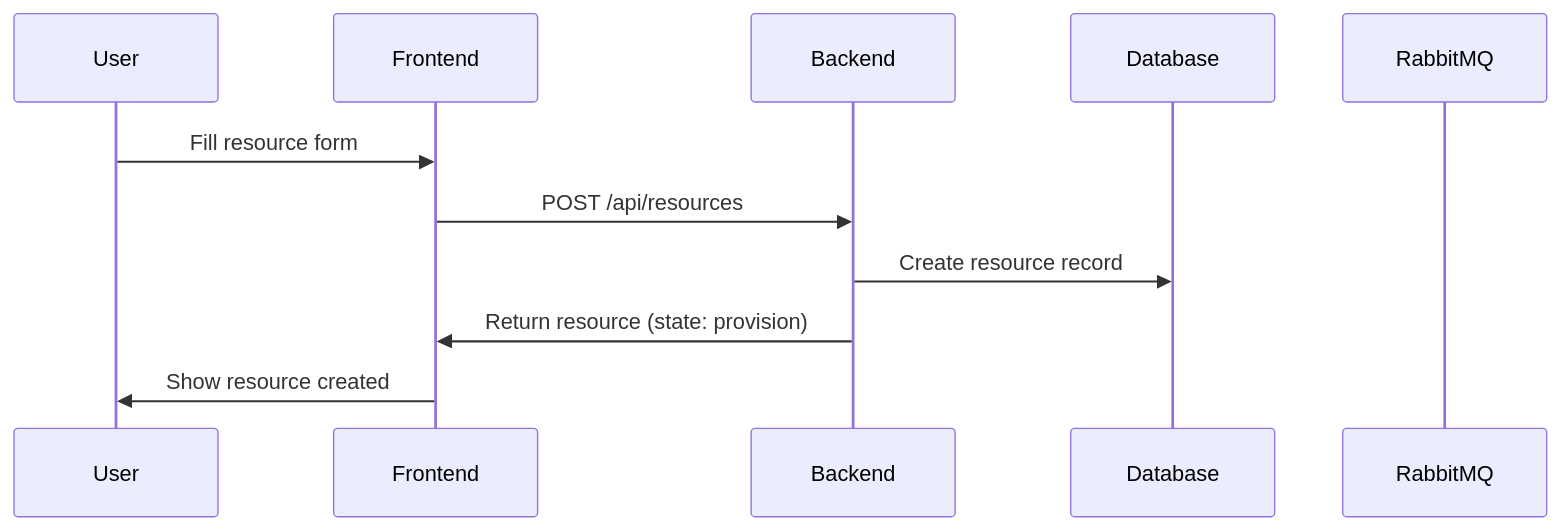
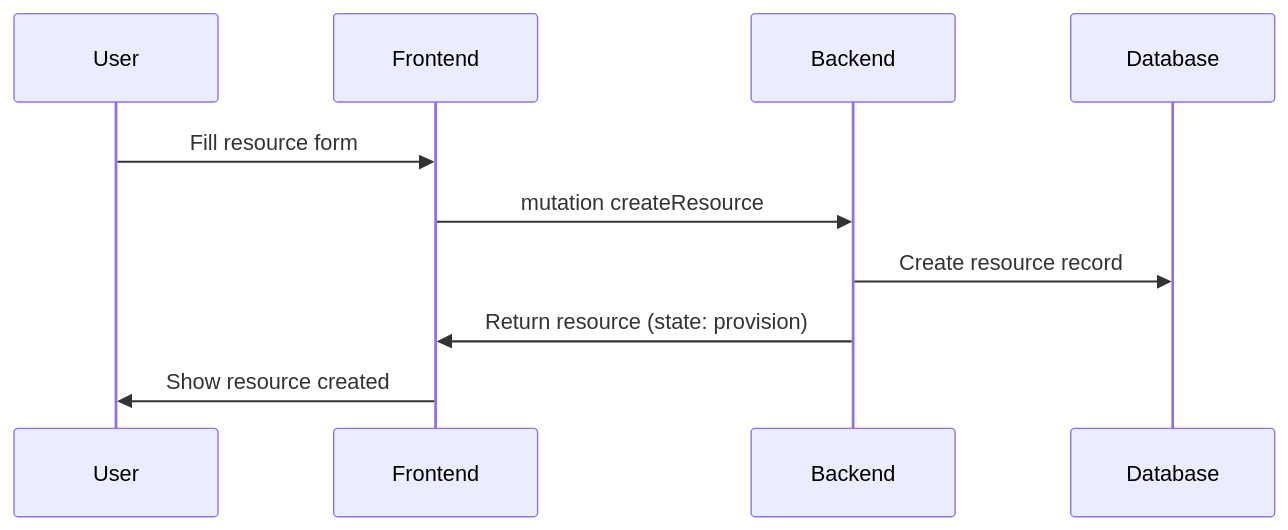
Before and after one commit to electrolux-oss/infrakitchen: the second of 5 diagrams in docs/architecture.mdx, drawn with Mermaid. The commit also changed other lines of this file and 23 other files, not shown here.

````diff
--- a/docs/architecture.mdx
+++ b/docs/architecture.mdx
@@ -29,14 +65,18 @@
 ```mermaid
+---
+config:
+  themeVariables:
+    fontFamily: "ui-sans-serif, system-ui, sans-serif"
+---
 sequenceDiagram
     participant User
     participant Frontend
     participant Backend
     participant Database
-    participant RabbitMQ
 
     User->>Frontend: Fill resource form
-    Frontend->>Backend: POST /api/resources
+    Frontend->>Backend: mutation createResource
     Backend->>Database: Create resource record
     Backend->>Frontend: Return resource (state: provision)
     Frontend->>User: Show resource created
 ```
````
